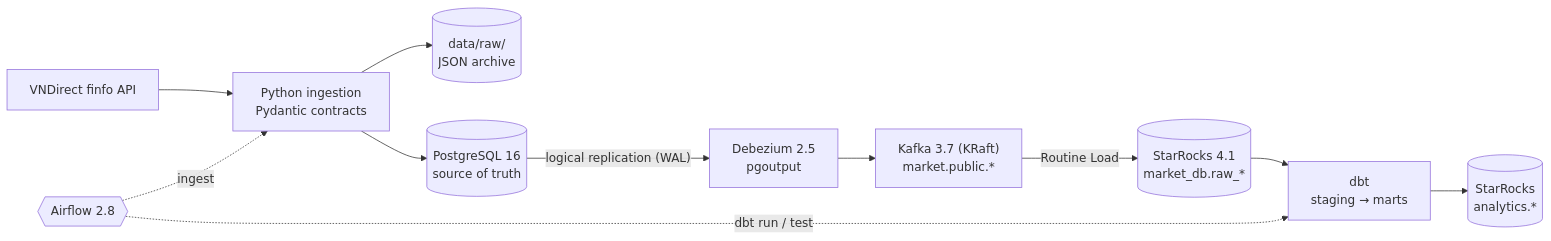
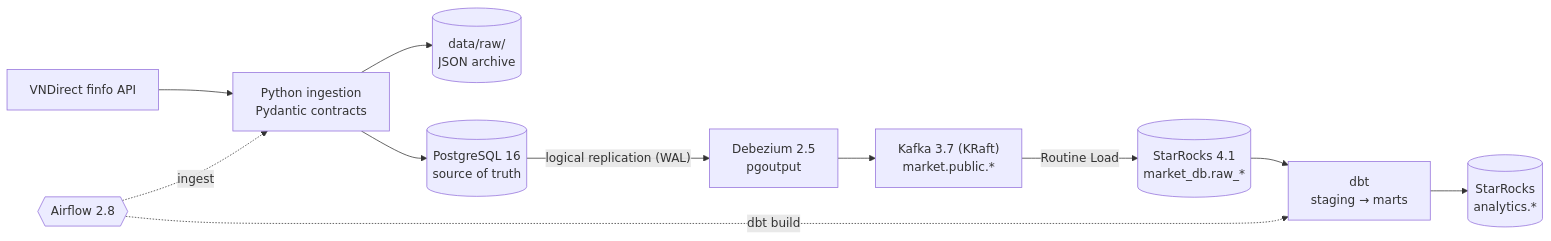
Before and after one commit to HakoNguyen/market-cdc-pipeline: the diagram in README.md, drawn with Mermaid. The commit also changed other lines of this file, not shown here.

Commit message:
feat(dbt): add sources with freshness, use dbt build in DAG

````diff
--- a/README.md
+++ b/README.md
@@ -32,20 +32,20 @@
 ```mermaid
 flowchart LR
     src["VNDirect finfo API"]
     ing["Python ingestion<br/>Pydantic contracts"]
     arc[("data/raw/<br/>JSON archive")]
     pg[("PostgreSQL 16<br/>source of truth")]
     dbz["Debezium 2.5<br/>pgoutput"]
     kafka["Kafka 3.7 (KRaft)<br/>market.public.*"]
     sr[("StarRocks 4.1<br/>market_db.raw_*")]
     dbt["dbt<br/>staging → marts"]
     marts[("StarRocks<br/>analytics.*")]
     af{{"Airflow 2.8"}}
 
     src --> ing --> pg
     ing --> arc
     pg -->|"logical replication (WAL)"| dbz --> kafka
     kafka -->|"Routine Load"| sr --> dbt --> marts
     af -.->|ingest| ing
-    af -.->|"dbt run / test"| dbt
+    af -.->|"dbt build"| dbt
 ```
````
